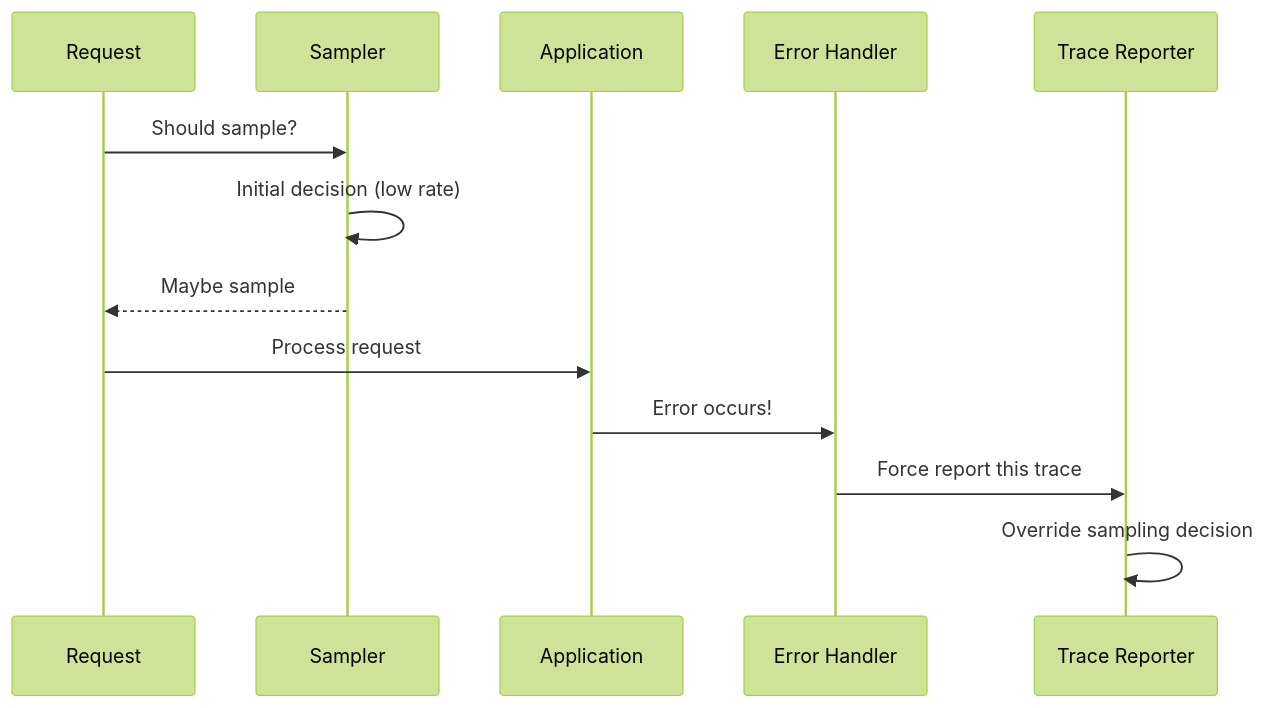
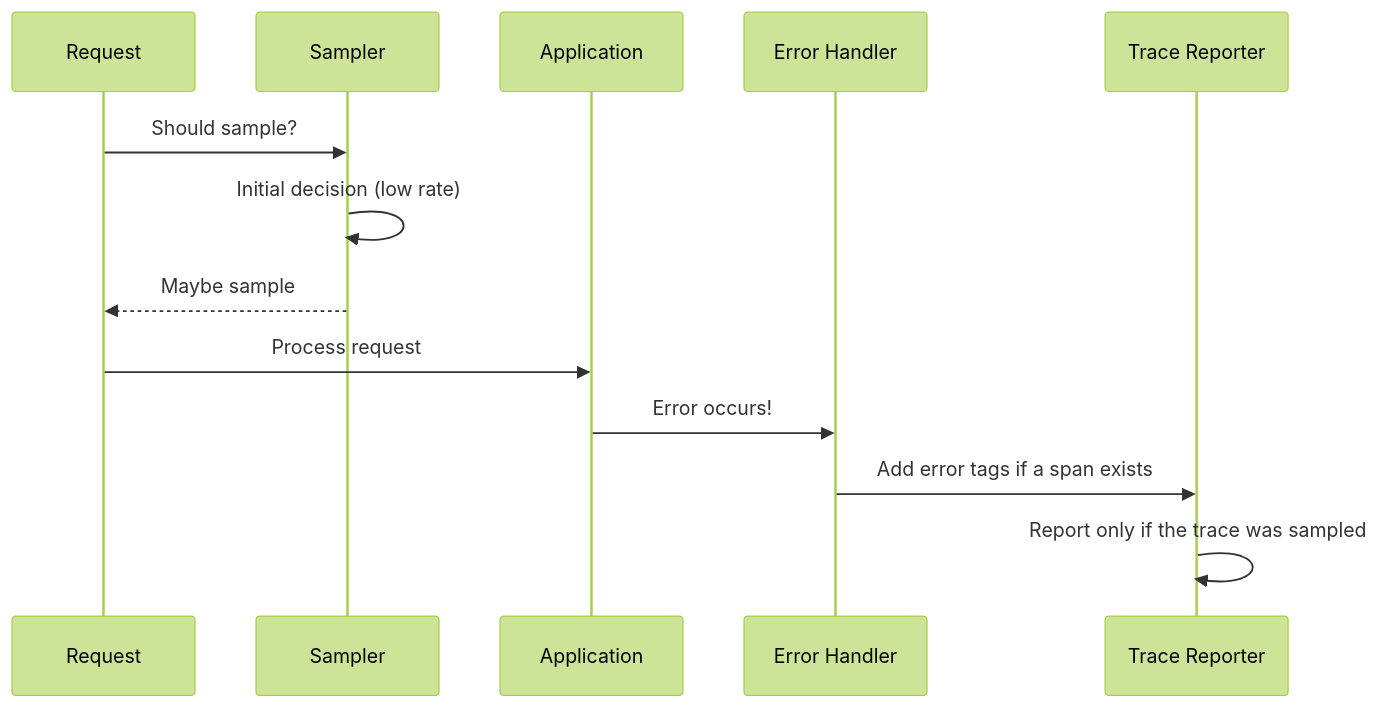
Before and after one commit to OneUptime/blog: the fourth of 4 diagrams in posts/2026-01-30-custom-sleuth-samplers/README.md, drawn with Mermaid (forest theme). The commit also changed other lines of this file and 2 other files, not shown here.

````diff
--- a/posts/2026-01-30-custom-sleuth-samplers/README.md
+++ b/posts/2026-01-30-custom-sleuth-samplers/README.md
@@ -470,16 +481,16 @@
 ```mermaid
 sequenceDiagram
     participant R as Request
     participant S as Sampler
     participant A as Application
     participant E as Error Handler
     participant T as Trace Reporter
 
     R->>S: Should sample?
     S->>S: Initial decision (low rate)
     S-->>R: Maybe sample
     R->>A: Process request
     A->>E: Error occurs!
-    E->>T: Force report this trace
-    T->>T: Override sampling decision
+    E->>T: Add error tags if a span exists
+    T->>T: Report only if the trace was sampled
 ```
````
